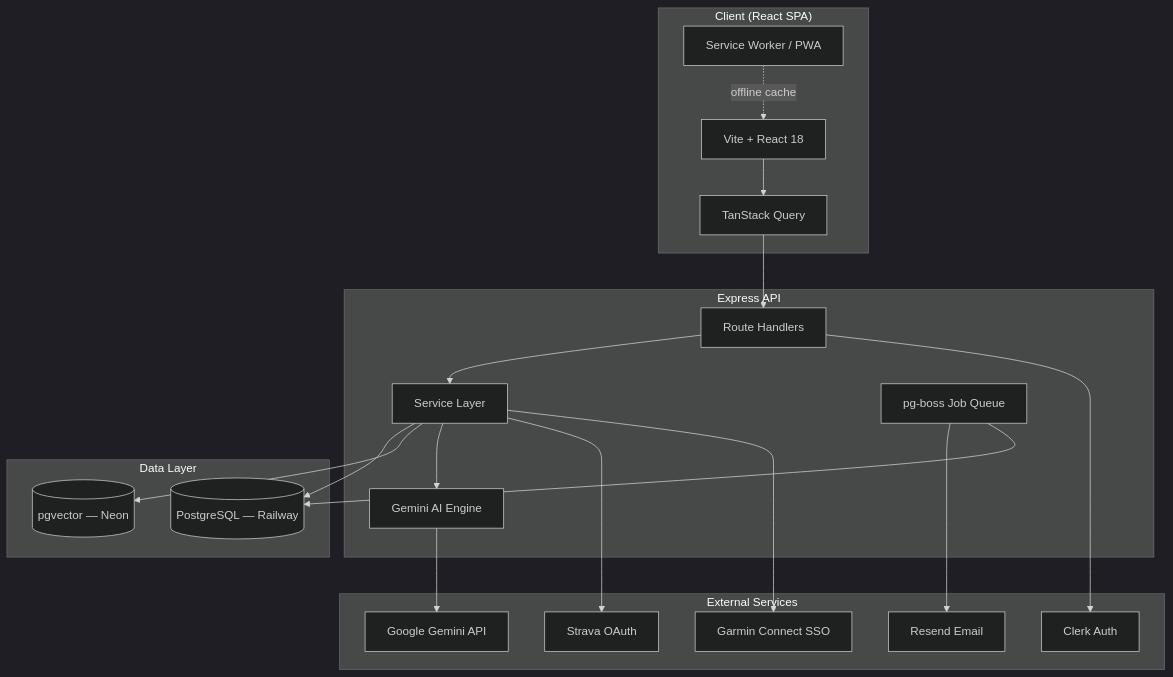
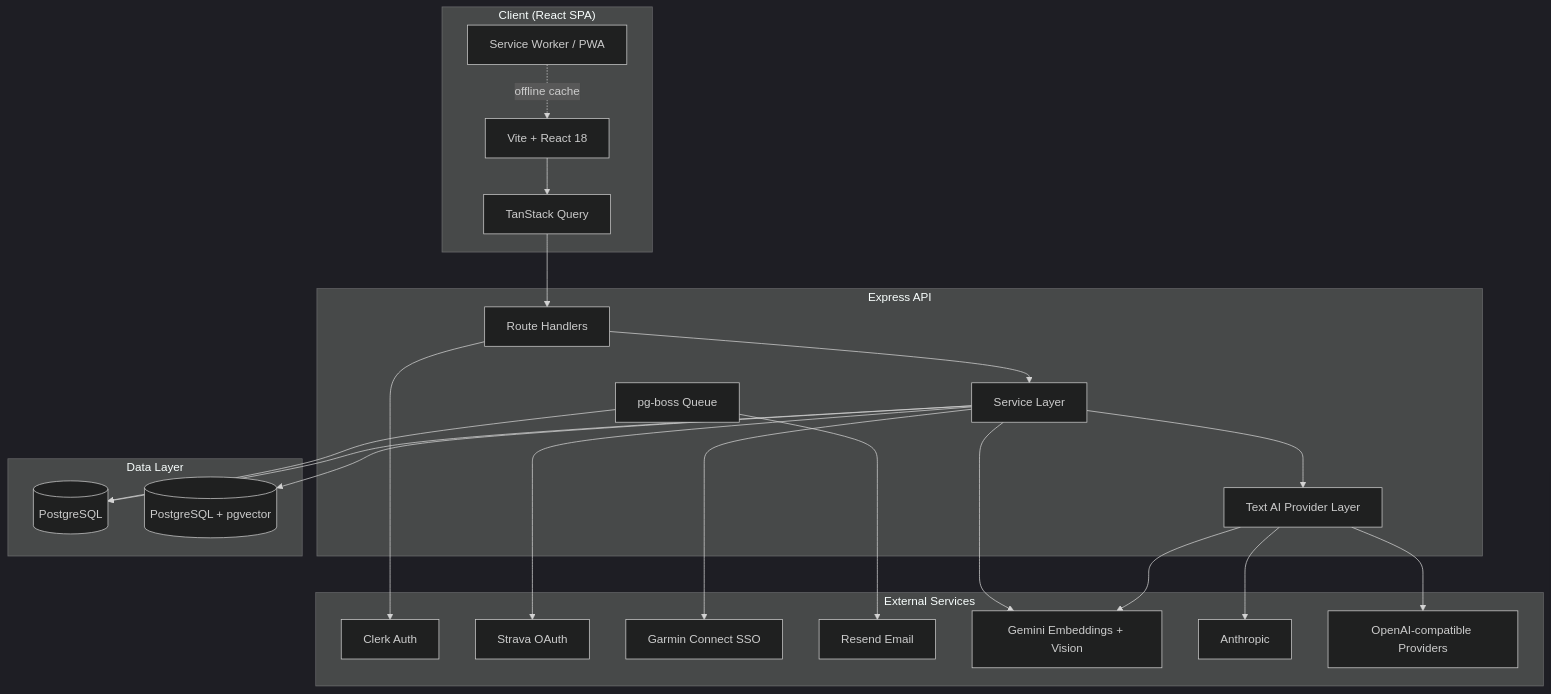
Before and after one commit to daler91/Hyrox-Companion: the first of 2 diagrams in README.md, drawn with Mermaid (dark theme). The commit also changed other lines of this file, not shown here.

````diff
--- a/README.md
+++ b/README.md
@@ -118,40 +133,46 @@
 ```mermaid
 flowchart TB
     subgraph Client["Client (React SPA)"]
-        UI[Vite + React 18]
-        TQ[TanStack Query]
-        SW[Service Worker / PWA]
+        UI["Vite + React 18"]
+        TQ["TanStack Query"]
+        SW["Service Worker / PWA"]
     end
 
     subgraph Server["Express API"]
-        API[Route Handlers]
-        Services[Service Layer]
-        Gemini[Gemini AI Engine]
-        Queue[pg-boss Job Queue]
+        API["Route Handlers"]
+        Services["Service Layer"]
+        TextAI["Text AI Provider Layer"]
+        Queue["pg-boss Queue"]
     end
 
     subgraph Data["Data Layer"]
-        PG[(PostgreSQL — Railway)]
-        PGV[(pgvector — Neon)]
+        PG[("PostgreSQL")]
+        PGV[("PostgreSQL + pgvector")]
     end
 
     subgraph External["External Services"]
-        Clerk[Clerk Auth]
-        Strava[Strava OAuth]
-        Garmin[Garmin Connect SSO]
-        Resend[Resend Email]
-        GeminiAPI[Google Gemini API]
+        Clerk["Clerk Auth"]
+        Strava["Strava OAuth"]
+        Garmin["Garmin Connect SSO"]
+        Resend["Resend Email"]
+        Gemini["Gemini Embeddings + Vision"]
+        Anthropic["Anthropic"]
+        OpenAICompatible["OpenAI-compatible Providers"]
     end
 
     UI --> TQ --> API
+    SW -. "offline cache" .-> UI
     API --> Services
     Services --> PG
     Services --> PGV
-    Services --> Gemini --> GeminiAPI
+    Services --> TextAI
+    TextAI --> Gemini
+    TextAI --> Anthropic
+    TextAI --> OpenAICompatible
+    Services --> Gemini
     API --> Clerk
     Services --> Strava
     Services --> Garmin
     Queue --> Resend
     Queue --> PG
-    SW -.->|offline cache| UI
 ```
````
